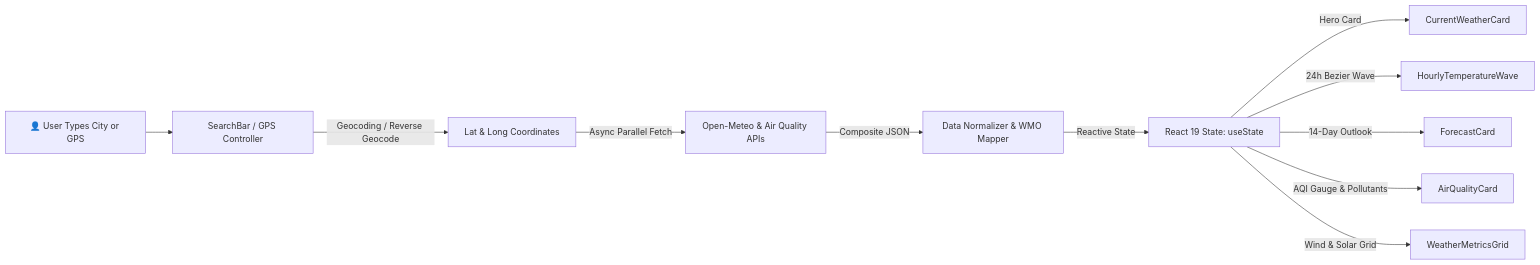
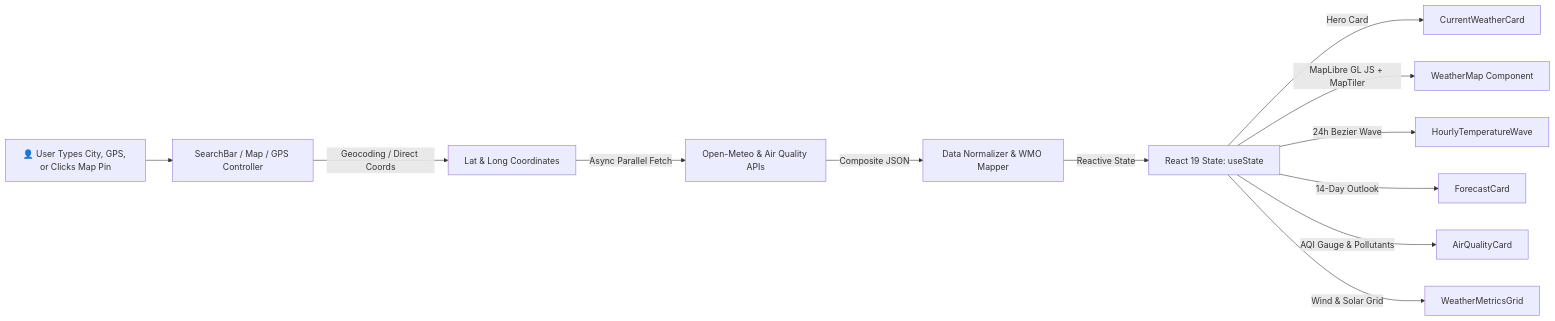
Before and after one commit to adityasen23453-droid/WeatherHub: the first of 2 diagrams in README.md, drawn with Mermaid. The commit also changed other lines of this file and 10 other files, not shown here.

Commit message:
feat: add MapLibre GL JS interactive weather map with MapTiler Satellite Hybrid and StrictMode safety

````diff
--- a/README.md
+++ b/README.md
@@ -41,13 +46,14 @@
 ```mermaid
 flowchart LR
-    User[👤 User Types City or GPS] --> SearchBar[SearchBar / GPS Controller]
-    SearchBar -->|Geocoding / Reverse Geocode| Coords[Lat & Long Coordinates]
+    User[👤 User Types City, GPS, or Clicks Map Pin] --> SearchBar[SearchBar / Map / GPS Controller]
+    SearchBar -->|Geocoding / Direct Coords| Coords[Lat & Long Coordinates]
     Coords -->|Async Parallel Fetch| APIs[Open-Meteo & Air Quality APIs]
     APIs -->|Composite JSON| Parser[Data Normalizer & WMO Mapper]
     Parser -->|Reactive State| AppState[React 19 State: useState]
     AppState -->|Hero Card| CurrentWeather[CurrentWeatherCard]
+    AppState -->|MapLibre GL JS + MapTiler| Map[WeatherMap Component]
     AppState -->|24h Bezier Wave| Wave[HourlyTemperatureWave]
     AppState -->|14-Day Outlook| Forecast[ForecastCard]
     AppState -->|AQI Gauge & Pollutants| AQI[AirQualityCard]
     AppState -->|Wind & Solar Grid| Metrics[WeatherMetricsGrid]
 ```
````
